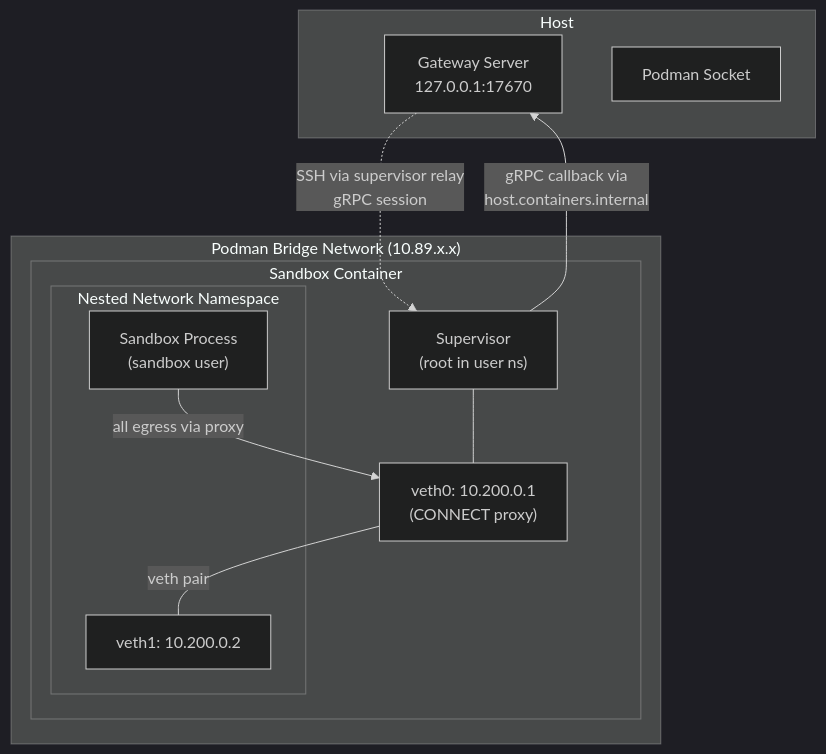
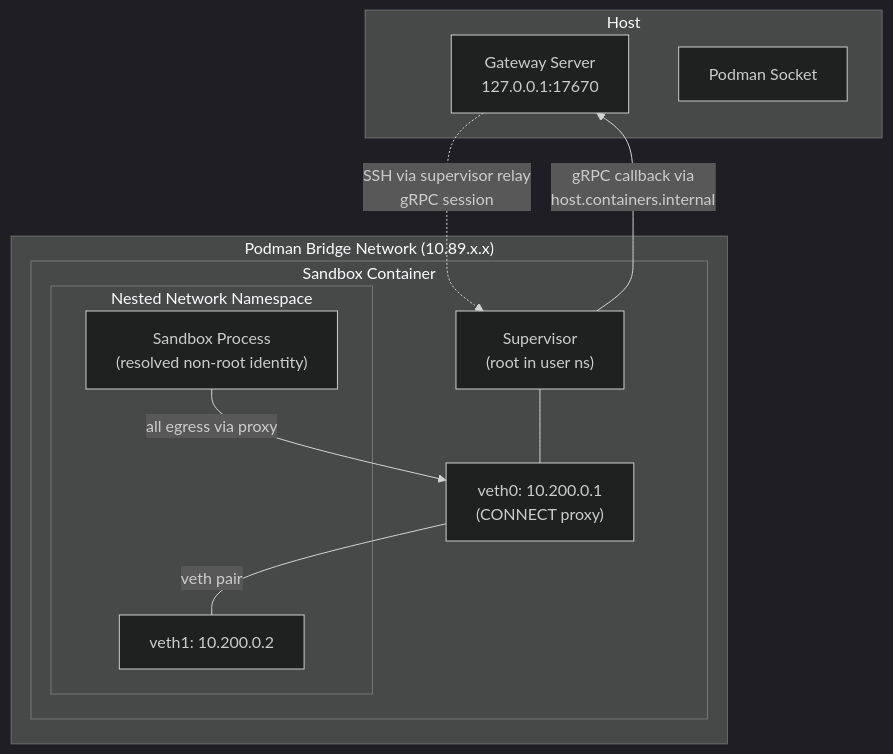
One commit to lightforgedev/OpenShell changed the third of 4 diagrams in crates/openshell-driver-podman/README.md. Above: the diagram before and after it, drawn with Mermaid (dark theme). The commit also changed other lines of this file and 45 other files, not shown here.

First line of the commit message:
feat(sandbox): use policy-first OCI image identity (#2509)

````diff
--- a/crates/openshell-driver-podman/README.md
+++ b/crates/openshell-driver-podman/README.md
@@ -178,24 +188,24 @@
 ```mermaid
 graph TB
     subgraph Host
         GW["Gateway Server<br/>127.0.0.1:17670"]
         PS["Podman Socket"]
     end
 
     subgraph Bridge["Podman Bridge Network (10.89.x.x)"]
         subgraph Container["Sandbox Container"]
             SV["Supervisor<br/>(root in user ns)"]
             subgraph NestedNS["Nested Network Namespace"]
-                SP["Sandbox Process<br/>(sandbox user)"]
+                SP["Sandbox Process<br/>(resolved non-root identity)"]
                 VE2["veth1: 10.200.0.2"]
             end
             VE1["veth0: 10.200.0.1<br/>(CONNECT proxy)"]
             SV --- VE1
             VE1 ---|veth pair| VE2
         end
     end
 
     GW -.->|SSH via supervisor relay<br/>gRPC session| SV
     SV -->|gRPC callback via<br/>host.containers.internal| GW
     SP -->|all egress via proxy| VE1
 ```
````
